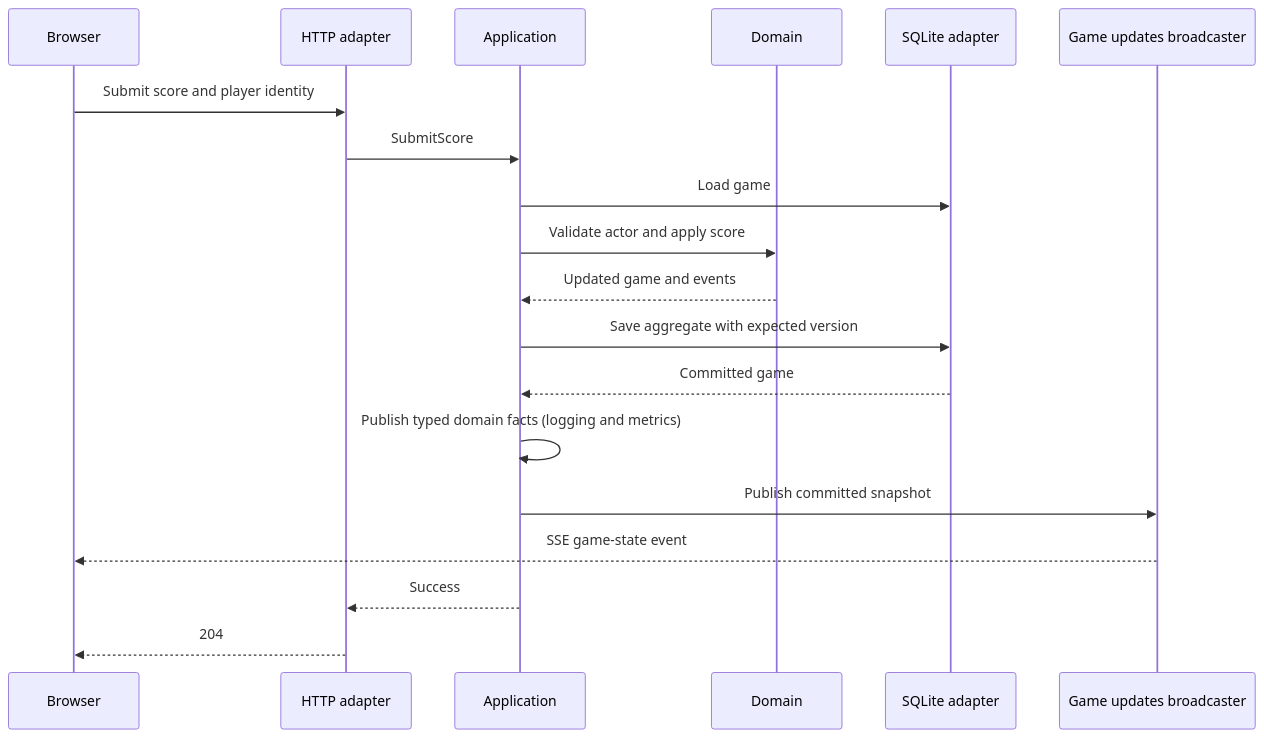
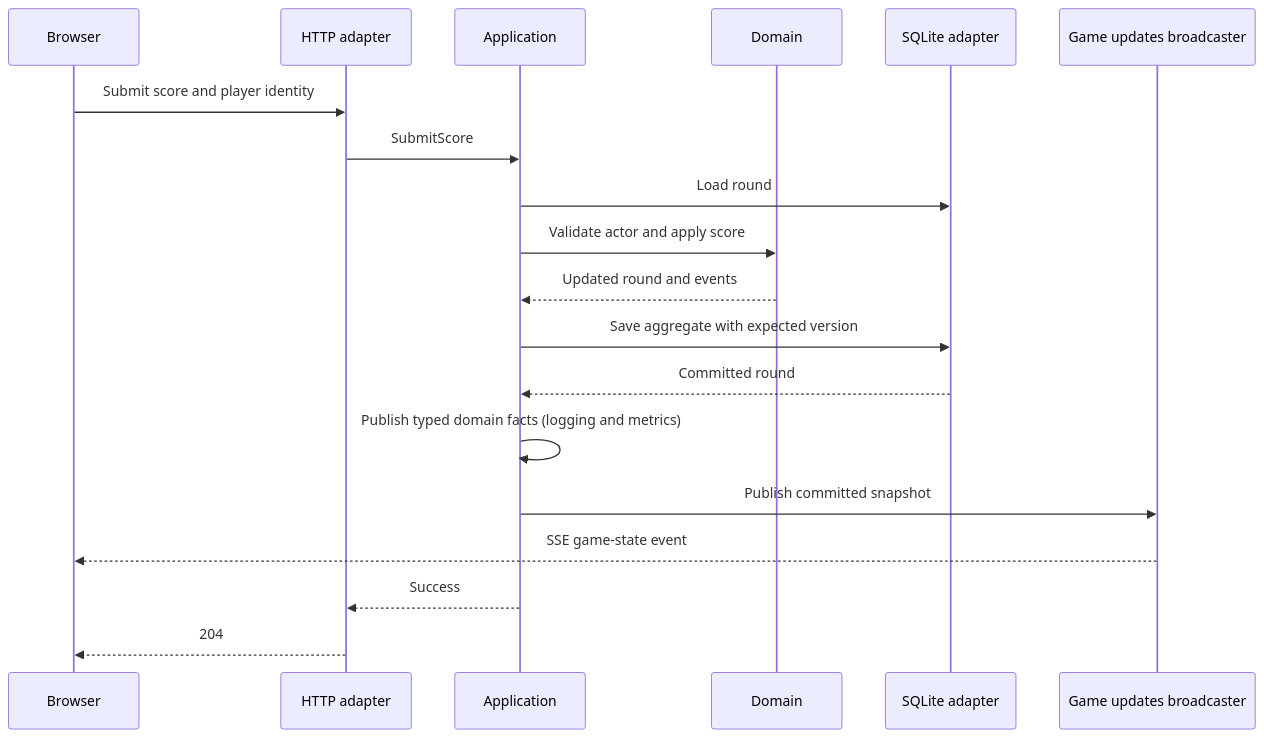
Before and after one commit to BenSuskins/pubgolf: the second of 3 diagrams in docs/ARCHITECTURE.md, drawn with Mermaid. The commit also changed other lines of this file and 48 other files, not shown here.

````diff
--- a/docs/ARCHITECTURE.md
+++ b/docs/ARCHITECTURE.md
@@ -45,21 +45,21 @@
 ```mermaid
 sequenceDiagram
     participant B as Browser
     participant H as HTTP adapter
     participant A as Application
     participant D as Domain
     participant S as SQLite adapter
     participant L as Game updates broadcaster
     B->>H: Submit score and player identity
     H->>A: SubmitScore
-    A->>S: Load game
+    A->>S: Load round
     A->>D: Validate actor and apply score
-    D-->>A: Updated game and events
+    D-->>A: Updated round and events
     A->>S: Save aggregate with expected version
-    S-->>A: Committed game
+    S-->>A: Committed round
     A->>A: Publish typed domain facts (logging and metrics)
     A->>L: Publish committed snapshot
     L-->>B: SSE game-state event
     A-->>H: Success
     H-->>B: 204
 ```
````
